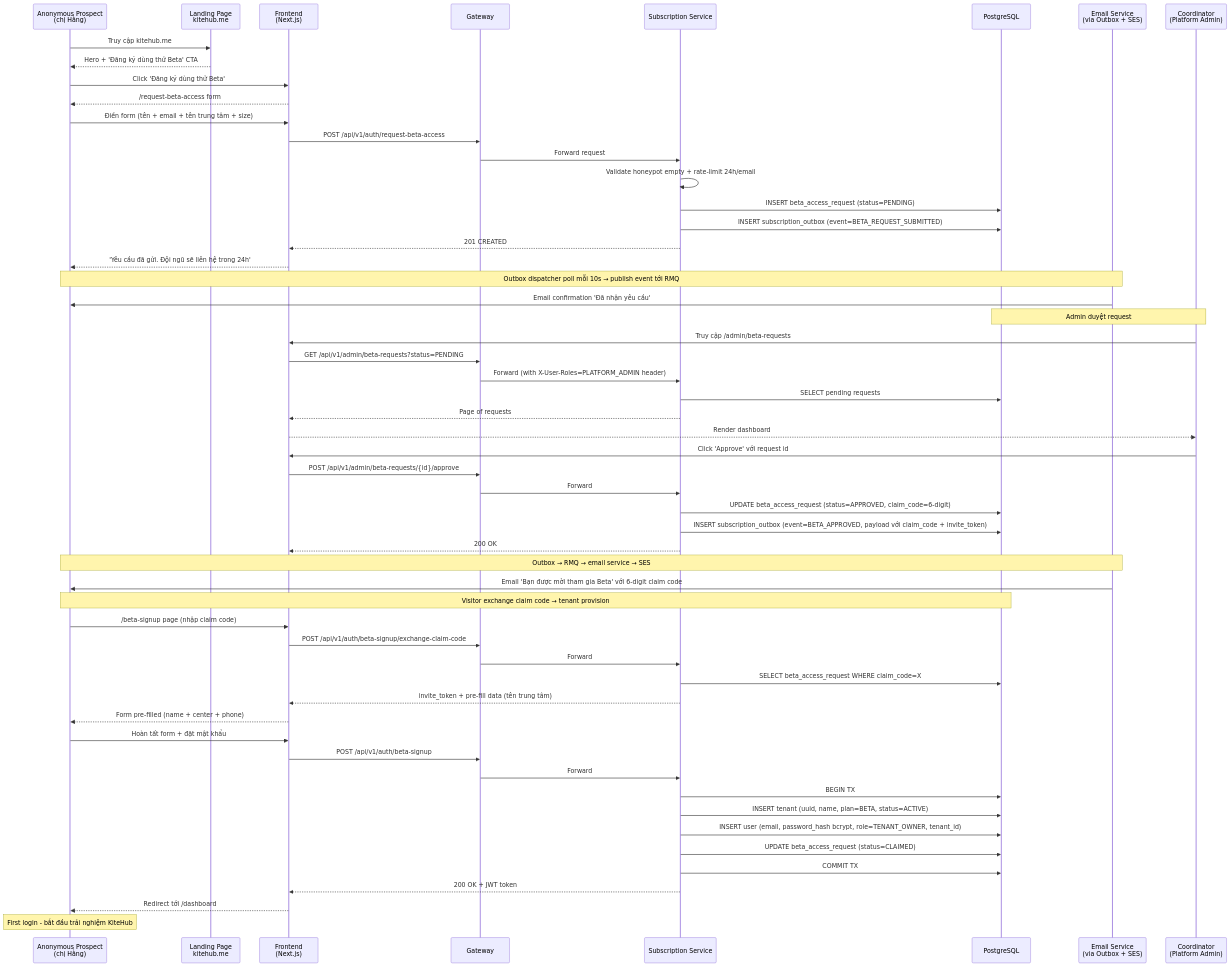
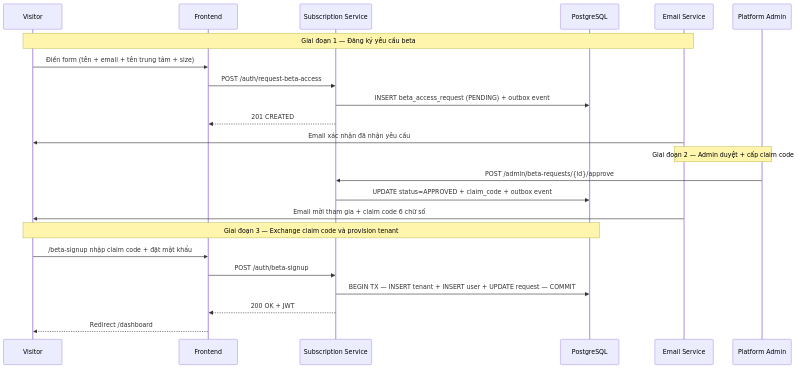
Before and after one commit to VictorAurelius/2026-Kite-Class-Platform: the third of 5 diagrams in documents/08-thesis/chapter-4-deployment-results.md, drawn with Mermaid. The commit also changed other lines of this file and 13 other files, not shown here.

````diff
--- a/documents/08-thesis/chapter-4-deployment-results.md
+++ b/documents/08-thesis/chapter-4-deployment-results.md
@@ -251,61 +158,28 @@
 ```mermaid
 sequenceDiagram
-    participant Visitor as Anonymous Prospect<br/>(chị Hằng)
-    participant Landing as Landing Page<br/>kitehub.me
-    participant FE as Frontend<br/>(Next.js)
-    participant GW as Gateway
+    participant V as Visitor
+    participant FE as Frontend
     participant Sub as Subscription Service
     participant DB as PostgreSQL
-    participant Email as Email Service<br/>(via Outbox + SES)
-    participant Admin as Coordinator<br/>(Platform Admin)
+    participant Email as Email Service
+    participant Admin as Platform Admin
 
-    Visitor->>Landing: Truy cập kitehub.me
-    Landing-->>Visitor: Hero + 'Đăng ký dùng thử Beta' CTA
-    Visitor->>FE: Click 'Đăng ký dùng thử Beta'
-    FE-->>Visitor: /request-beta-access form
-    Visitor->>FE: Điền form (tên + email + tên trung tâm + size)
-    FE->>GW: POST /api/v1/auth/request-beta-access
-    GW->>Sub: Forward request
-    Sub->>Sub: Validate honeypot empty + rate-limit 24h/email
-    Sub->>DB: INSERT beta_access_request (status=PENDING)
-    Sub->>DB: INSERT subscription_outbox (event=BETA_REQUEST_SUBMITTED)
+    Note over V,Email: Giai đoạn 1 — Đăng ký yêu cầu beta
+    V->>FE: Điền form (tên + email + tên trung tâm + size)
+    FE->>Sub: POST /auth/request-beta-access
+    Sub->>DB: INSERT beta_access_request (PENDING) + outbox event
     Sub-->>FE: 201 CREATED
-    FE-->>Visitor: 'Yêu cầu đã gửi. Đội ngũ sẽ liên hệ trong 24h'
-    Note over Visitor,Email: Outbox dispatcher poll mỗi 10s → publish event tới RMQ
-    Email->>Visitor: Email confirmation 'Đã nhận yêu cầu'
+    Email->>V: Email xác nhận đã nhận yêu cầu
 
-    Note over Admin,DB: Admin duyệt request
-    Admin->>FE: Truy cập /admin/beta-requests
-    FE->>GW: GET /api/v1/admin/beta-requests?status=PENDING
-    GW->>Sub: Forward (with X-User-Roles=PLATFORM_ADMIN header)
-    Sub->>DB: SELECT pending requests
-    Sub-->>FE: Page of requests
-    FE-->>Admin: Render dashboard
-    Admin->>FE: Click 'Approve' với request id
-    FE->>GW: POST /api/v1/admin/beta-requests/{id}/approve
-    GW->>Sub: Forward
-    Sub->>DB: UPDATE beta_access_request (status=APPROVED, claim_code=6-digit)
-    Sub->>DB: INSERT subscription_outbox (event=BETA_APPROVED, payload với claim_code + invite_token)
-    Sub-->>FE: 200 OK
-    Note over Email,Visitor: Outbox → RMQ → email service → SES
-    Email->>Visitor: Email 'Bạn được mời tham gia Beta' với 6-digit claim code
+    Note over Admin,Email: Giai đoạn 2 — Admin duyệt + cấp claim code
+    Admin->>Sub: POST /admin/beta-requests/{id}/approve
+    Sub->>DB: UPDATE status=APPROVED + claim_code + outbox event
+    Email->>V: Email mời tham gia + claim code 6 chữ số
 
-    Note over Visitor,DB: Visitor exchange claim code → tenant provision
-    Visitor->>FE: /beta-signup page (nhập claim code)
-    FE->>GW: POST /api/v1/auth/beta-signup/exchange-claim-code
-    GW->>Sub: Forward
-    Sub->>DB: SELECT beta_access_request WHERE claim_code=X
-    Sub-->>FE: invite_token + pre-fill data (tên trung tâm)
-    FE-->>Visitor: Form pre-filled (name + center + phone)
-    Visitor->>FE: Hoàn tất form + đặt mật khẩu
-    FE->>GW: POST /api/v1/auth/beta-signup
-    GW->>Sub: Forward
-    Sub->>DB: BEGIN TX
-    Sub->>DB: INSERT tenant (uuid, name, plan=BETA, status=ACTIVE)
-    Sub->>DB: INSERT user (email, password_hash bcrypt, role=TENANT_OWNER, tenant_id)
-    Sub->>DB: UPDATE beta_access_request (status=CLAIMED)
-    Sub->>DB: COMMIT TX
-    Sub-->>FE: 200 OK + JWT token
-    FE-->>Visitor: Redirect tới /dashboard
-    Note over Visitor: First login - bắt đầu trải nghiệm KiteHub
+    Note over V,DB: Giai đoạn 3 — Exchange claim code và provision tenant
+    V->>FE: /beta-signup nhập claim code + đặt mật khẩu
+    FE->>Sub: POST /auth/beta-signup
+    Sub->>DB: BEGIN TX — INSERT tenant + INSERT user + UPDATE request — COMMIT
+    Sub-->>FE: 200 OK + JWT
+    FE-->>V: Redirect /dashboard
 ```
````
